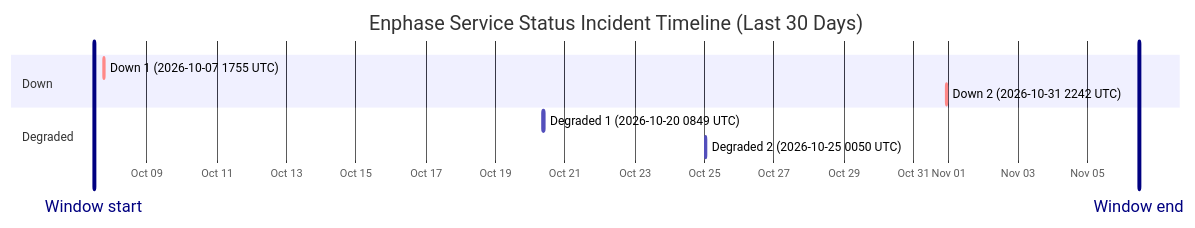
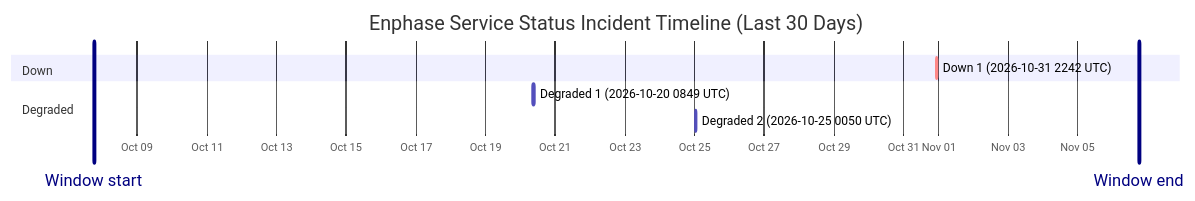
The diagram in wiki/Service-Status-History.md (barneyonline/ha-enphase-energy), drawn with Mermaid before and after one commit. The commit also changed other lines of this file and 3 other files, not shown here.

````diff
--- a/wiki/Service-Status-History.md
+++ b/wiki/Service-Status-History.md
@@ -14,14 +14,13 @@
 ```mermaid
 gantt
     title Enphase Service Status Incident Timeline (Last 30 Days)
     dateFormat  YYYY-MM-DDTHH:mm:ss
     axisFormat  %b %d
-    Window start :vert, window-start, 2026-10-07T11:18:34, 0ms
-    Window end :vert, window-end, 2026-11-06T11:18:34, 0ms
+    Window start :vert, window-start, 2026-10-07T18:12:48, 0ms
+    Window end :vert, window-end, 2026-11-06T18:12:48, 0ms
     section Down
-    Down 1 (2026-10-07 1755 UTC) :crit, down-1, 2026-10-07T17:55:16, 60m
-    Down 2 (2026-10-31 2242 UTC) :crit, down-2, 2026-10-31T22:42:18, 60m
+    Down 1 (2026-10-31 2242 UTC) :crit, down-1, 2026-10-31T22:42:18, 60m
     section Degraded
     Degraded 1 (2026-10-20 0849 UTC) :active, degraded-1, 2026-10-20T08:49:49, 60m
     Degraded 2 (2026-10-25 0050 UTC) :active, degraded-2, 2026-10-25T00:50:01, 60m
 ```
````
